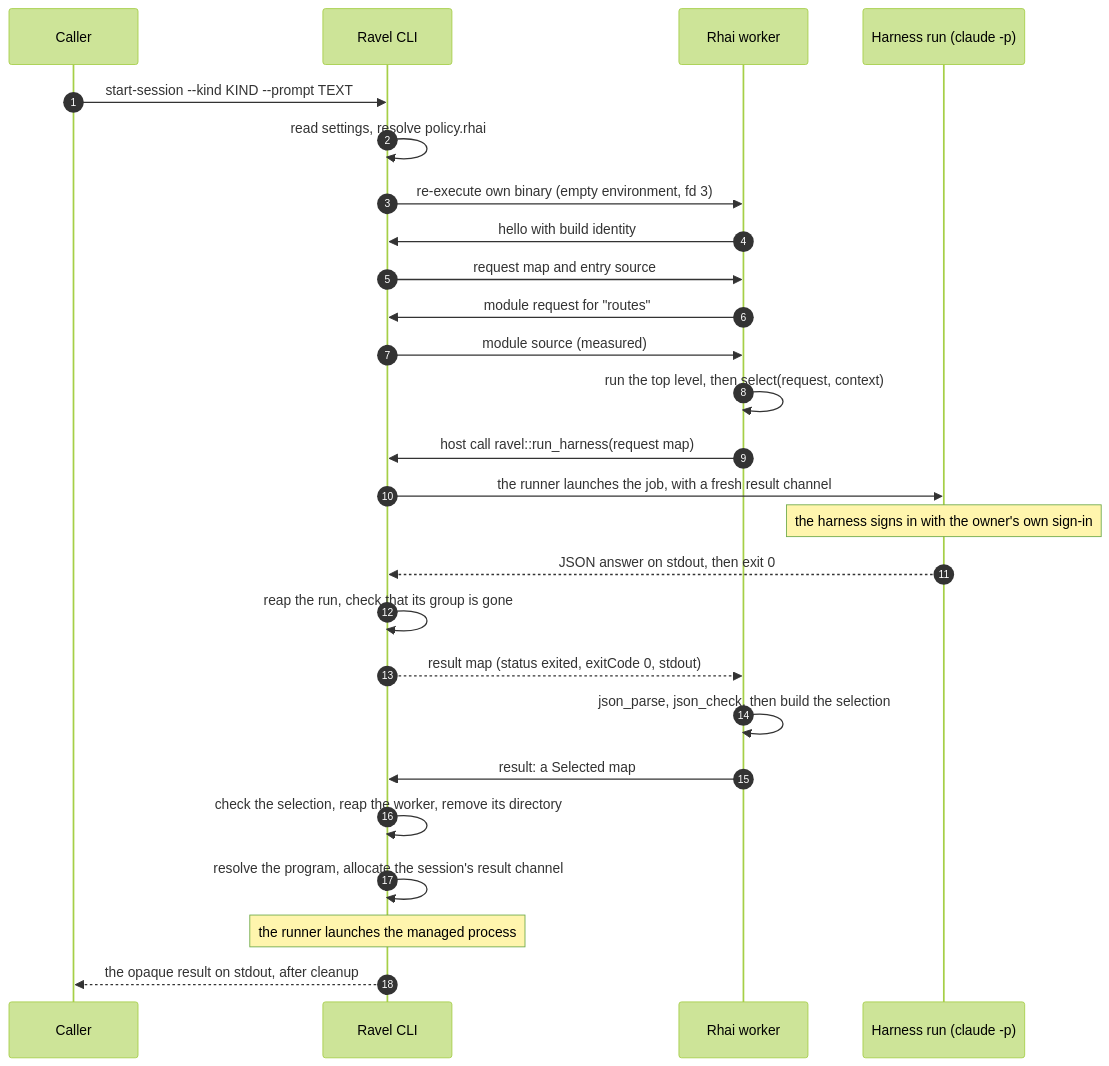
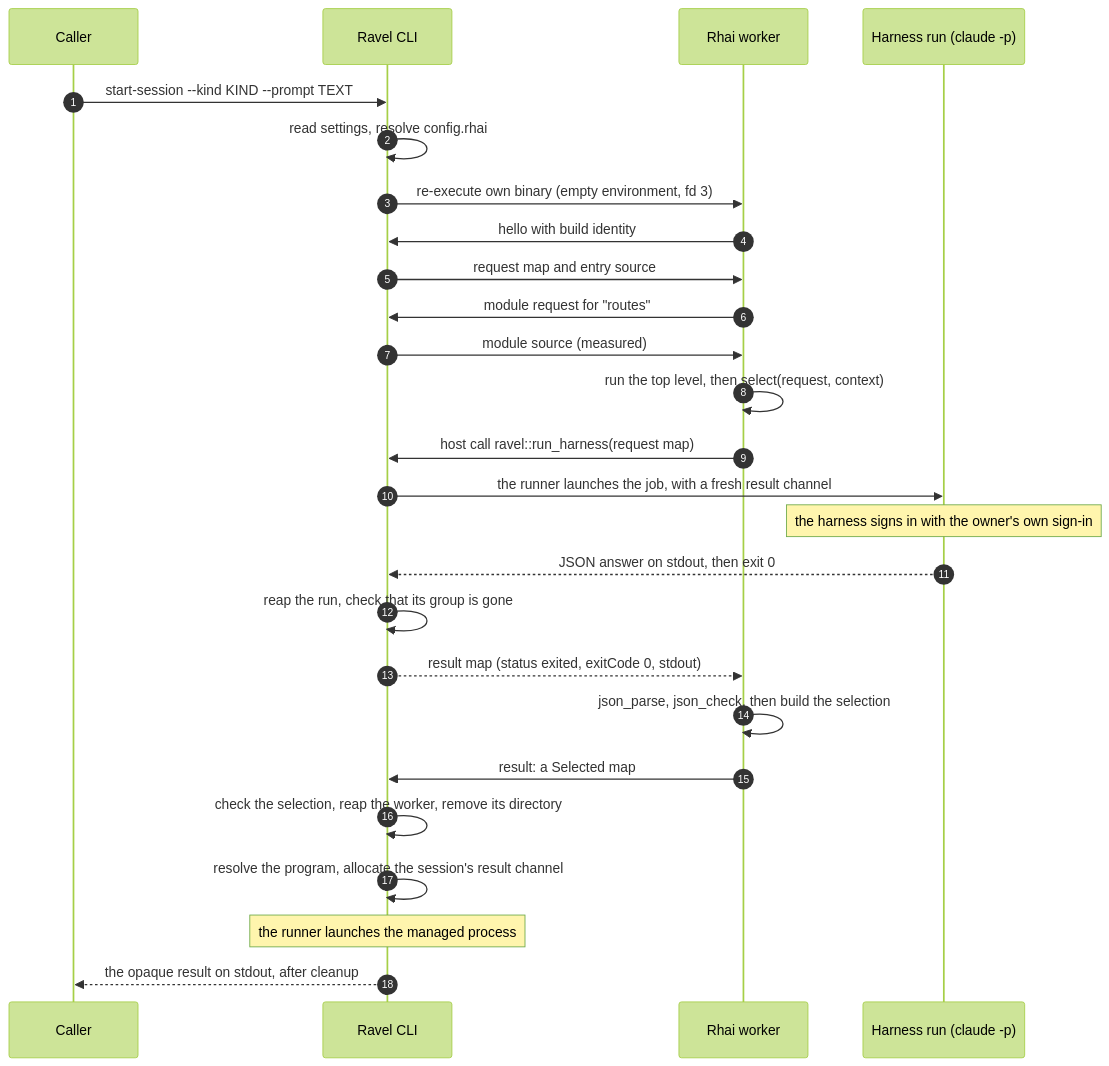
One commit to Linkuistics/Ravel changed the diagram in docs/design/rhai-policy/evaluation-sequence.mmd. Above: the diagram before and after it, drawn with Mermaid (forest theme). The commit also changed 22 other files, not shown here.

Commit message:
configuration-names-k111: use config.rhai as the default entry; decompose configuration-names-k92

```diff
--- a/docs/design/rhai-policy/evaluation-sequence.mmd
+++ b/docs/design/rhai-policy/evaluation-sequence.mmd
@@ -1,26 +1,26 @@
 sequenceDiagram
   autonumber
   participant C as Caller
   participant R as Ravel CLI
   participant W as Rhai worker
   participant H as Harness run (claude -p)
   C->>R: start-session --kind KIND --prompt TEXT
-  R->>R: read settings, resolve policy.rhai
+  R->>R: read settings, resolve config.rhai
   R->>W: re-execute own binary (empty environment, fd 3)
   W->>R: hello with build identity
   R->>W: request map and entry source
   W->>R: module request for "routes"
   R->>W: module source (measured)
   W->>W: run the top level, then select(request, context)
   W->>R: host call ravel::run_harness(request map)
   R->>H: the runner launches the job, with a fresh result channel
   Note over H: the harness signs in with the owner's own sign-in
   H-->>R: JSON answer on stdout, then exit 0
   R->>R: reap the run, check that its group is gone
   R-->>W: result map (status exited, exitCode 0, stdout)
   W->>W: json_parse, json_check, then build the selection
   W->>R: result: a Selected map
   R->>R: check the selection, reap the worker, remove its directory
   R->>R: resolve the program, allocate the session's result channel
   Note over R: the runner launches the managed process
   R-->>C: the opaque result on stdout, after cleanup
```
